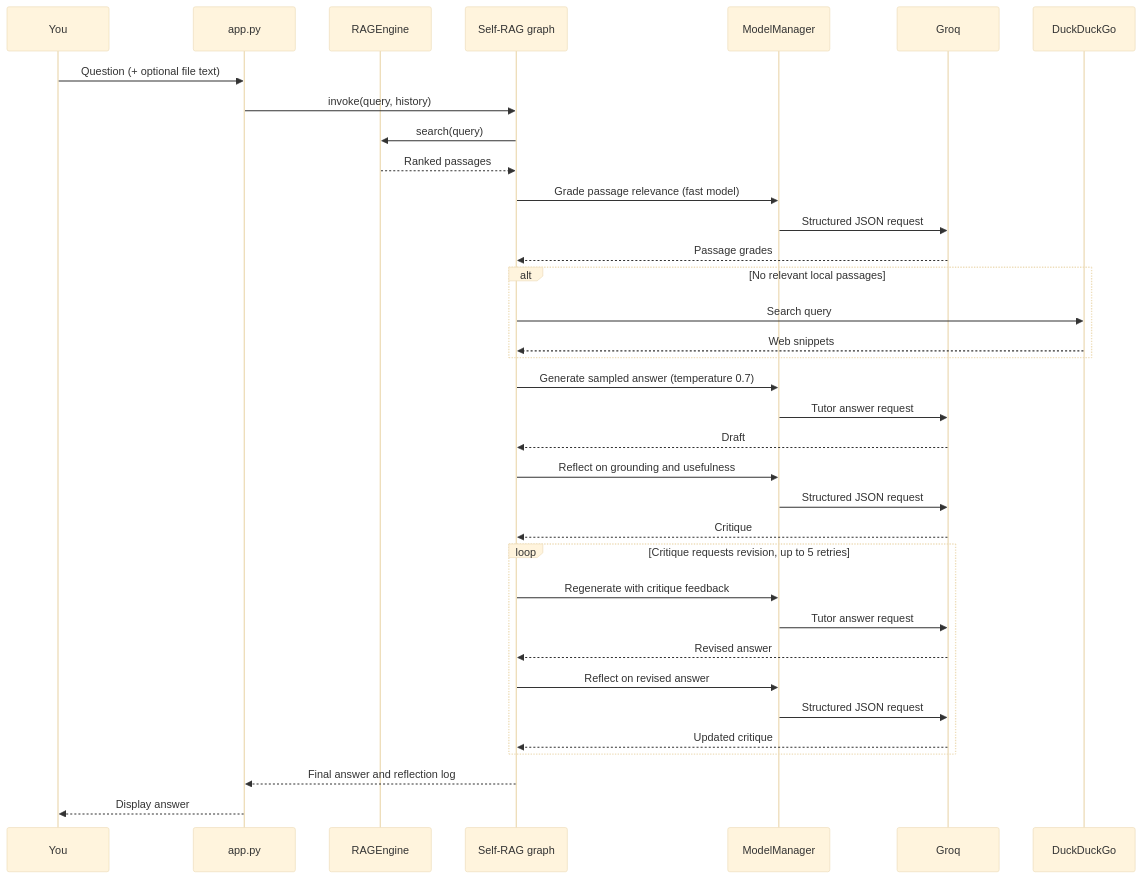
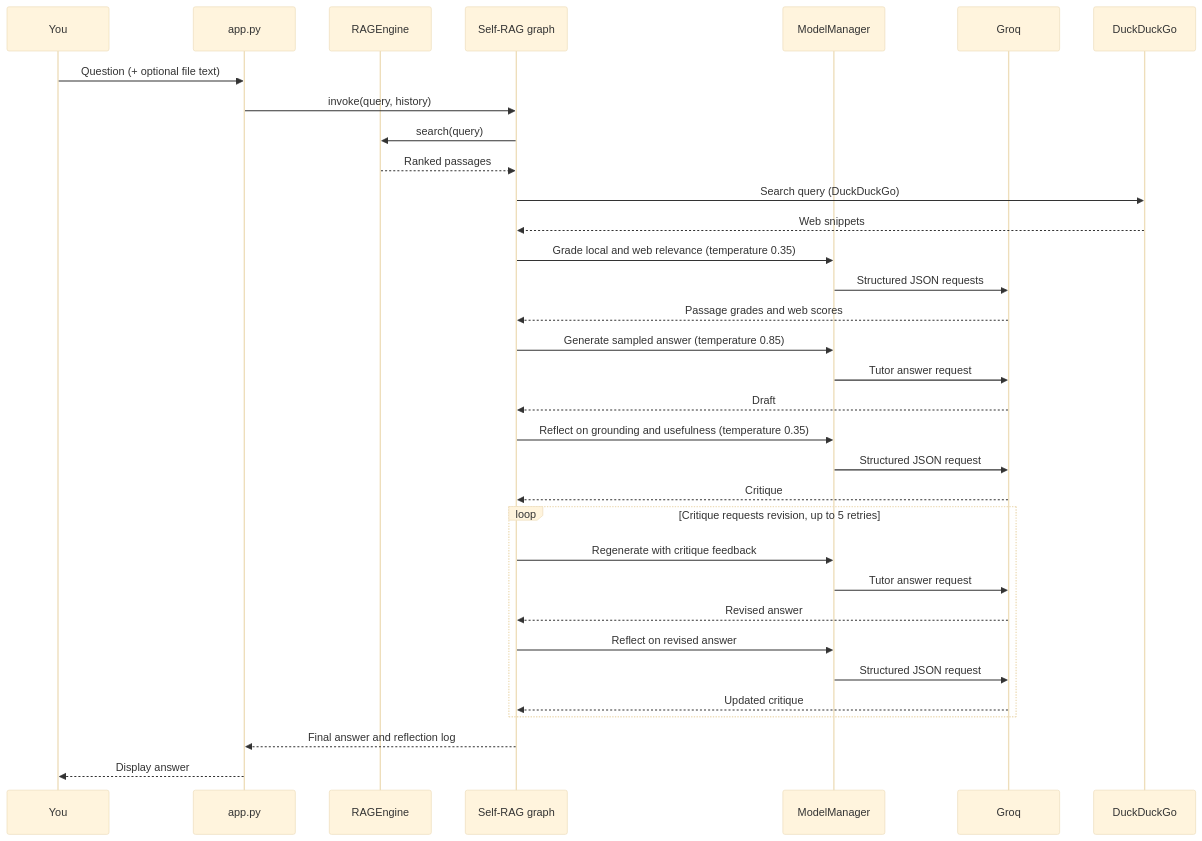
One commit to Hisingh11/data-science-tutor changed the third of 4 diagrams in README.md. Above: the diagram before and after it, drawn with Mermaid. The commit also changed other lines of this file, not shown here.

````diff
--- a/README.md
+++ b/README.md
@@ -260,39 +260,37 @@
 ```mermaid
 %%{init: {"theme": "base", "themeVariables": {"lineColor": "#5b4d8a"}}}%%
 sequenceDiagram
   participant U as You
   participant A as app.py
   participant R as RAGEngine
   participant L as Self-RAG graph
   participant M as ModelManager
   participant G as Groq
   participant W as DuckDuckGo
 
   U->>A: Question (+ optional file text)
   A->>L: invoke(query, history)
   L->>R: search(query)
   R-->>L: Ranked passages
-  L->>M: Grade passage relevance (fast model)
-  M->>G: Structured JSON request
-  G-->>L: Passage grades
-  alt No relevant local passages
-    L->>W: Search query
-    W-->>L: Web snippets
-  end
-  L->>M: Generate sampled answer (temperature 0.7)
+  L->>W: Search query (DuckDuckGo)
+  W-->>L: Web snippets
+  L->>M: Grade local and web relevance (temperature 0.35)
+  M->>G: Structured JSON requests
+  G-->>L: Passage grades and web scores
+  L->>M: Generate sampled answer (temperature 0.85)
   M->>G: Tutor answer request
   G-->>L: Draft
-  L->>M: Reflect on grounding and usefulness
+  L->>M: Reflect on grounding and usefulness (temperature 0.35)
   M->>G: Structured JSON request
   G-->>L: Critique
   loop Critique requests revision, up to 5 retries
     L->>M: Regenerate with critique feedback
     M->>G: Tutor answer request
     G-->>L: Revised answer
     L->>M: Reflect on revised answer
     M->>G: Structured JSON request
     G-->>L: Updated critique
   end
   L-->>A: Final answer and reflection log
   A-->>U: Display answer
 ```
````
